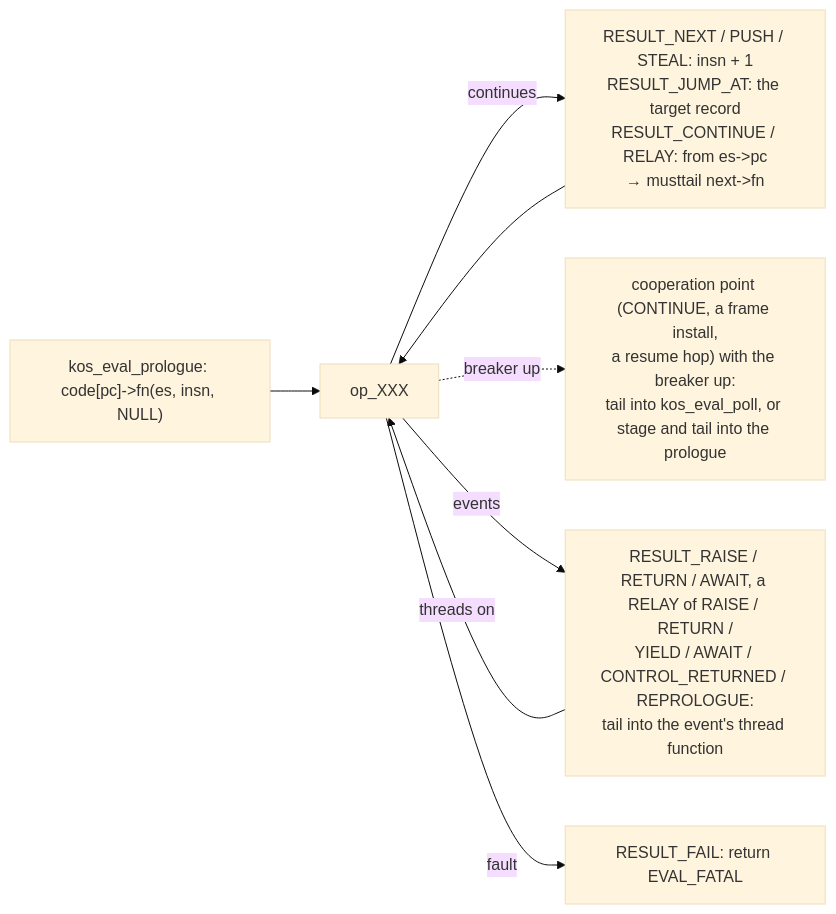
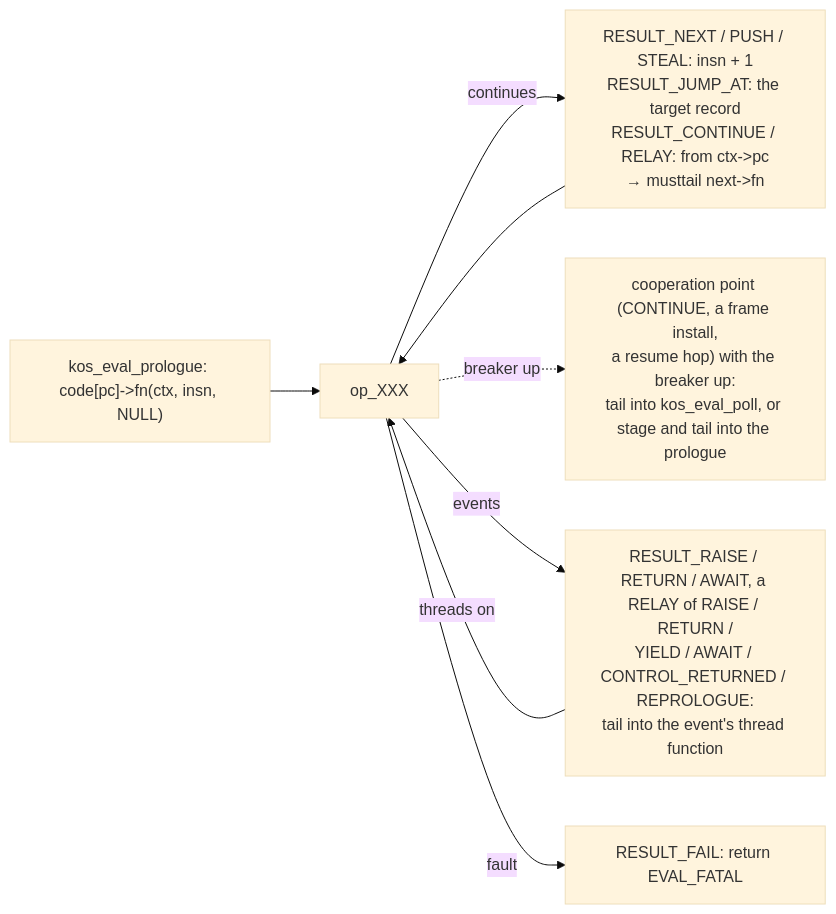
The sixth of 12 diagrams in design/EVALUATOR.md (koskari-lang/koskari), drawn with Mermaid (base theme) before and after one commit. The commit also changed other lines of this file and 433 other files, not shown here.

First line of the commit message:
Remove KosEvalState; KosContext is the one running record

````diff
--- a/design/EVALUATOR.md
+++ b/design/EVALUATOR.md
@@ -413,16 +413,16 @@
 ```mermaid
 flowchart LR
-    pro["kos_eval_prologue: code[pc]->fn(es, insn, NULL)"]
+    pro["kos_eval_prologue: code[pc]->fn(ctx, insn, NULL)"]
     handler["op_XXX"]
-    next["RESULT_NEXT / PUSH / STEAL: insn + 1<br/>RESULT_JUMP_AT: the target record<br/>RESULT_CONTINUE / RELAY: from es->pc<br/>→ musttail next->fn"]
+    next["RESULT_NEXT / PUSH / STEAL: insn + 1<br/>RESULT_JUMP_AT: the target record<br/>RESULT_CONTINUE / RELAY: from ctx->pc<br/>→ musttail next->fn"]
     trip["cooperation point (CONTINUE, a frame install,<br/>a resume hop) with the breaker up:<br/>tail into kos_eval_poll, or stage and tail into the prologue"]
     event["RESULT_RAISE / RETURN / AWAIT, a RELAY of RAISE / RETURN /<br/>YIELD / AWAIT / CONTROL_RETURNED / REPROLOGUE:<br/>tail into the event's thread function"]
     fatal["RESULT_FAIL: return EVAL_FATAL"]
 
     pro --> handler
     handler -->|continues| next --> handler
     handler -.->|breaker up| trip
     handler -->|events| event
     event -->|threads on| handler
     handler -->|fault| fatal
 ```
````
